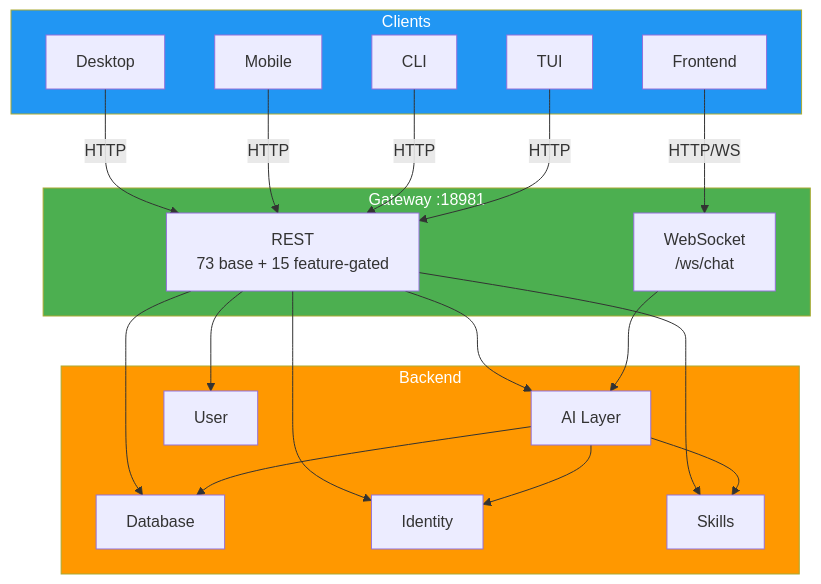
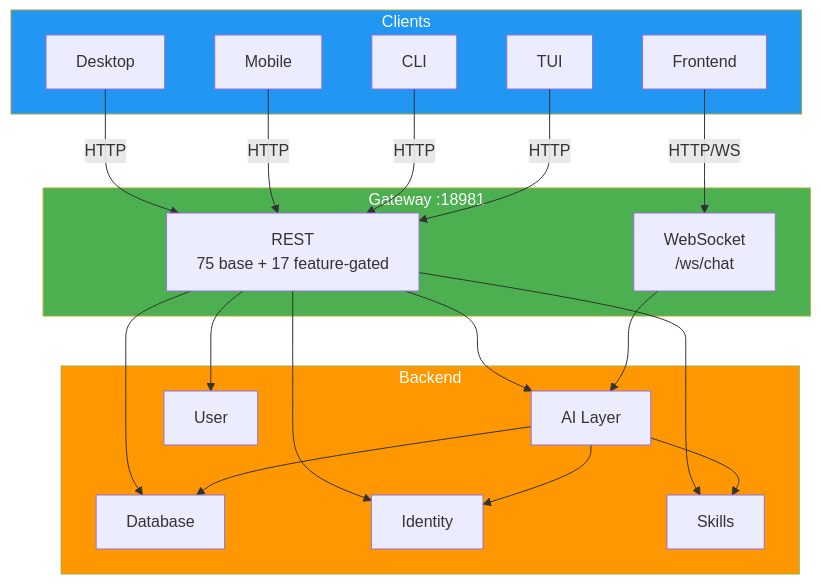
One commit to sprklai/zenii changed the second of 25 diagrams in docs/architecture.md. Above: the diagram before and after it, drawn with Mermaid. The commit also changed other lines of this file and 3 other files, not shown here.

First line of the commit message:
docs: update README, architecture, phases, and processes for post-v0.0.10 features

````diff
--- a/docs/architecture.md
+++ b/docs/architecture.md
@@ -90,26 +95,26 @@
 ```mermaid
 graph TB
     subgraph Clients
         D[Desktop] & M[Mobile] & C[CLI] & T[TUI] & F[Frontend]
     end
 
     subgraph GW["Gateway :18981"]
-        REST["REST<br>73 base + 15 feature-gated"]
+        REST["REST<br>75 base + 17 feature-gated"]
         WS["WebSocket<br>/ws/chat"]
     end
 
     subgraph Backend
         AIL[AI Layer] & DBL[Database]
         IDL[Identity] & SKL[Skills] & USL[User]
     end
 
     D & M & C & T -->|HTTP| REST
     F -->|HTTP/WS| WS
     REST & WS --> AIL
     REST --> DBL & IDL & SKL & USL
     AIL --> DBL & IDL & SKL
 
     style Clients fill:#2196F3,color:#fff
     style GW fill:#4CAF50,color:#fff
     style Backend fill:#FF9800,color:#fff
 ```
````
